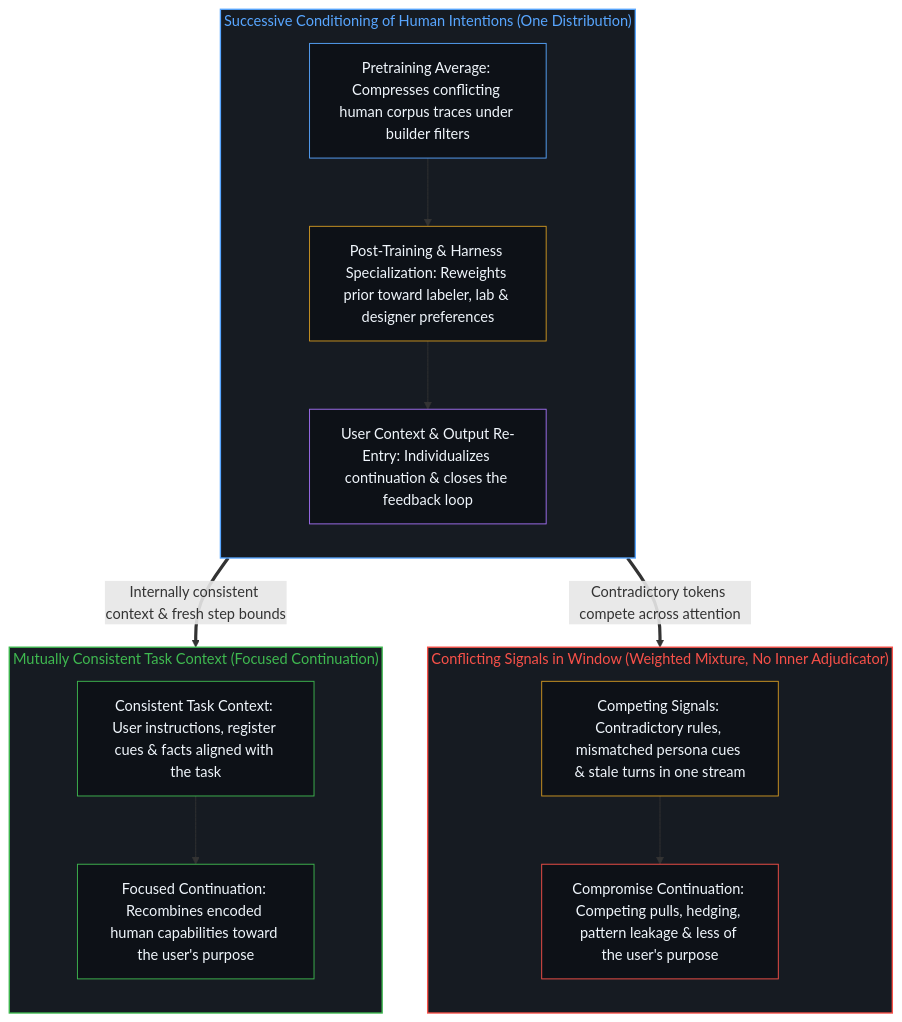
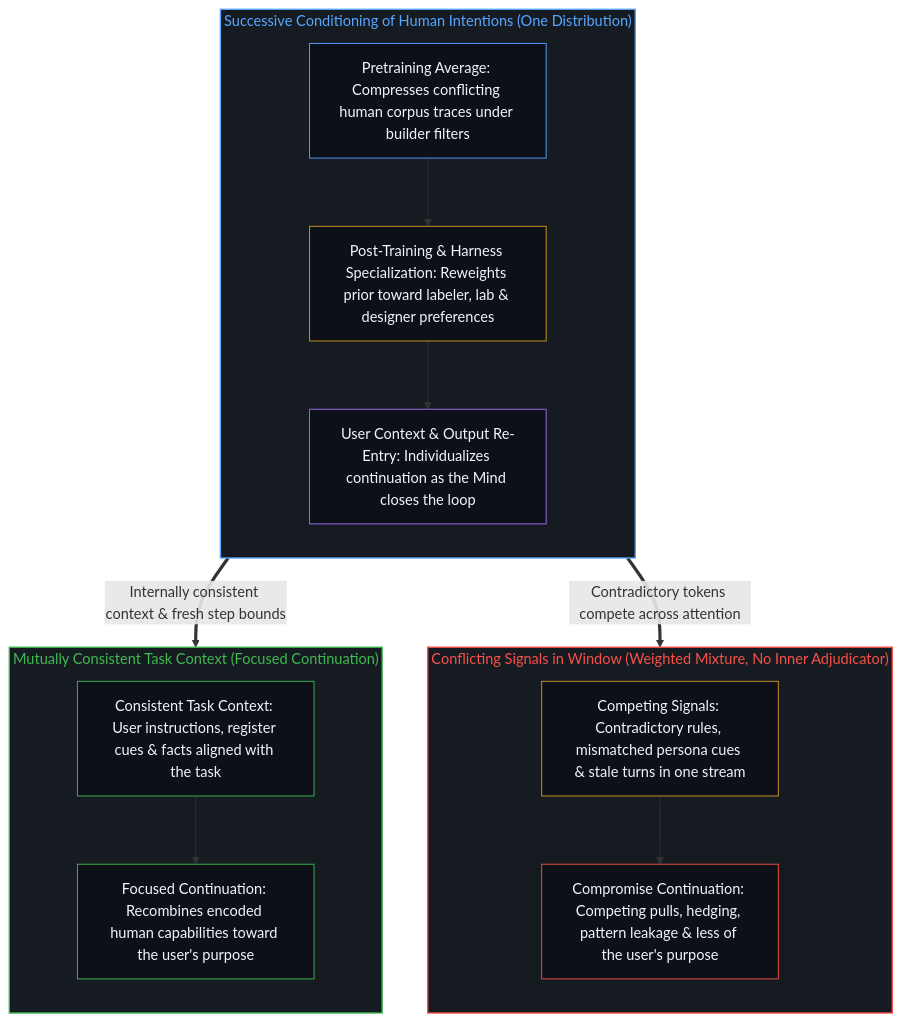
Before and after one commit to powerpig99/not-a-toe: the second of 2 diagrams in content/posts/machine-intelligence-as-the-combinatorial-feedback-loop-of-human-intelligence.md, drawn with Mermaid. The commit also changed other lines of this file and 23 other files, not shown here.

````diff
--- a/content/posts/machine-intelligence-as-the-combinatorial-feedback-loop-of-human-intelligence.md
+++ b/content/posts/machine-intelligence-as-the-combinatorial-feedback-loop-of-human-intelligence.md
@@ -84,34 +84,34 @@
 ```mermaid
 flowchart TD
     subgraph S_Loop["Successive Conditioning of Human Intentions (One Distribution)"]
         direction TB
         L_Pre["Pretraining Average: Compresses conflicting human corpus traces under builder filters"]
         L_Post["Post-Training & Harness Specialization: Reweights prior toward labeler, lab & designer preferences"]
-        L_User["User Context & Output Re-Entry: Individualizes continuation & closes the feedback loop"]
+        L_User["User Context & Output Re-Entry: Individualizes continuation as the Mind closes the loop"]
         L_Pre --> L_Post --> L_User
     end
     subgraph S_Compete["Conflicting Signals in Window (Weighted Mixture, No Inner Adjudicator)"]
         direction TB
         C_Clash["Competing Signals: Contradictory rules, mismatched persona cues & stale turns in one stream"]
         C_Dilute["Compromise Continuation: Competing pulls, hedging, pattern leakage & less of the user's purpose"]
         C_Clash --> C_Dilute
     end
     subgraph S_Coherent["Mutually Consistent Task Context (Focused Continuation)"]
         direction TB
         K_Min["Consistent Task Context: User instructions, register cues & facts aligned with the task"]
         K_Cont["Focused Continuation: Recombines encoded human capabilities toward the user's purpose"]
         K_Min --> K_Cont
     end
     L_User ==>|"Contradictory tokens compete across attention"| C_Clash
     L_User ==>|"Internally consistent context & fresh step bounds"| K_Min
     style S_Loop fill:#161b22,stroke:#58a6ff,stroke-width:1.5px,color:#58a6ff
     style S_Compete fill:#161b22,stroke:#f85149,stroke-width:1.5px,color:#f85149
     style S_Coherent fill:#161b22,stroke:#3fb950,stroke-width:1.5px,color:#3fb950
     style L_Pre fill:#0d1117,stroke:#58a6ff,stroke-width:1px,color:#f0f6fc
     style L_Post fill:#0d1117,stroke:#d29922,stroke-width:1px,color:#f0f6fc
     style L_User fill:#0d1117,stroke:#a371f7,stroke-width:1px,color:#f0f6fc
     style C_Clash fill:#0d1117,stroke:#d29922,stroke-width:1px,color:#f0f6fc
     style C_Dilute fill:#0d1117,stroke:#f85149,stroke-width:1px,color:#f0f6fc
     style K_Min fill:#0d1117,stroke:#3fb950,stroke-width:1px,color:#f0f6fc
     style K_Cont fill:#0d1117,stroke:#3fb950,stroke-width:1px,color:#f0f6fc
 ```
````
